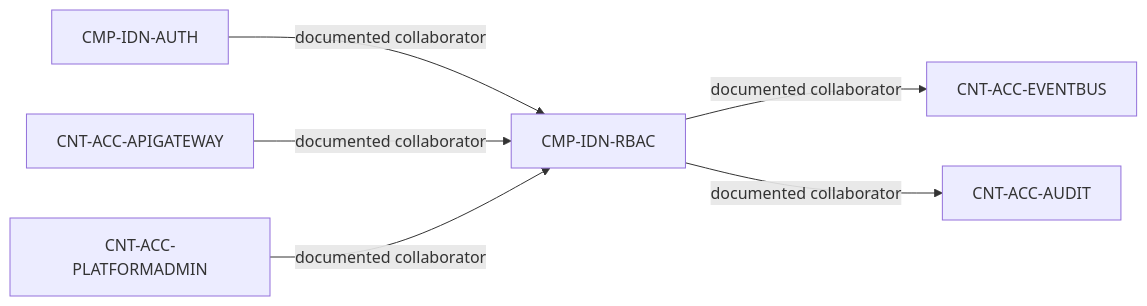
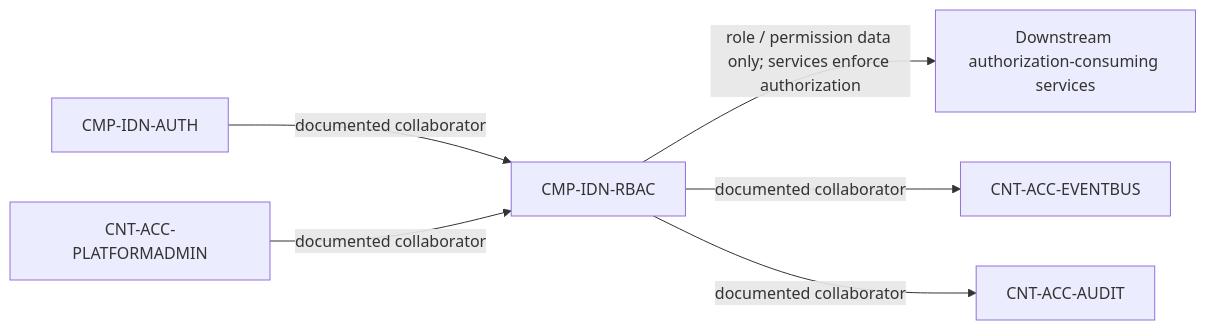
One commit to Emran025/accsystem changed the diagram in acc-architecture/c3-components/CNT-ACC-IDENTITY/CMP-IDN-RBAC.md. Above: the diagram before and after it, drawn with Mermaid. The commit also changed other lines of this file and 16 other files, not shown here.

Commit message:
docs(architecture): reconcile seven C3 views to source evidence

````diff
--- a/acc-architecture/c3-components/CNT-ACC-IDENTITY/CMP-IDN-RBAC.md
+++ b/acc-architecture/c3-components/CNT-ACC-IDENTITY/CMP-IDN-RBAC.md
@@ -28,14 +30,14 @@
 ```mermaid
 flowchart LR
     CMP_IDN_RBAC["CMP-IDN-RBAC"]
     CMP_IDN_AUTH["CMP-IDN-AUTH"]
     CMP_IDN_AUTH -->|documented collaborator| CMP_IDN_RBAC
-    CNT_ACC_APIGATEWAY["CNT-ACC-APIGATEWAY"]
-    CNT_ACC_APIGATEWAY -->|documented collaborator| CMP_IDN_RBAC
     CNT_ACC_PLATFORMADMIN["CNT-ACC-PLATFORMADMIN"]
     CNT_ACC_PLATFORMADMIN -->|documented collaborator| CMP_IDN_RBAC
+    TARGET_SERVICES["Downstream authorization-consuming services"]
+    CMP_IDN_RBAC -->|role / permission data only; services enforce authorization| TARGET_SERVICES
     CNT_ACC_EVENTBUS["CNT-ACC-EVENTBUS"]
     CMP_IDN_RBAC -->|documented collaborator| CNT_ACC_EVENTBUS
     CNT_ACC_AUDIT["CNT-ACC-AUDIT"]
     CMP_IDN_RBAC -->|documented collaborator| CNT_ACC_AUDIT
 ```
````
